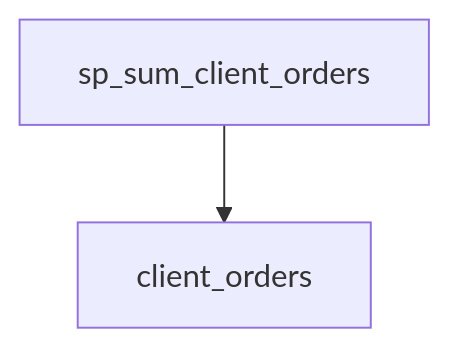
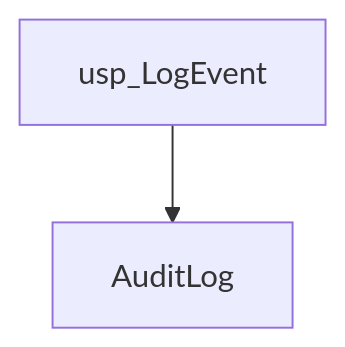
Before and after one commit to 25Jayesh10/Data_Lineage_Analyser_and_Document_Generator: the first of 3 diagrams in output/documents/procedures.md, drawn with Mermaid. The commit also changed other lines of this file and 25 other files, not shown here.

Commit message:
updated schema and test cases

````diff
--- a/output/documents/procedures.md
+++ b/output/documents/procedures.md
@@ -179,4 +44,4 @@
 ```mermaid
 graph TD
-    sp_sum_client_orders --> client_orders
+    usp_LogEvent --> AuditLog
 ```
````
